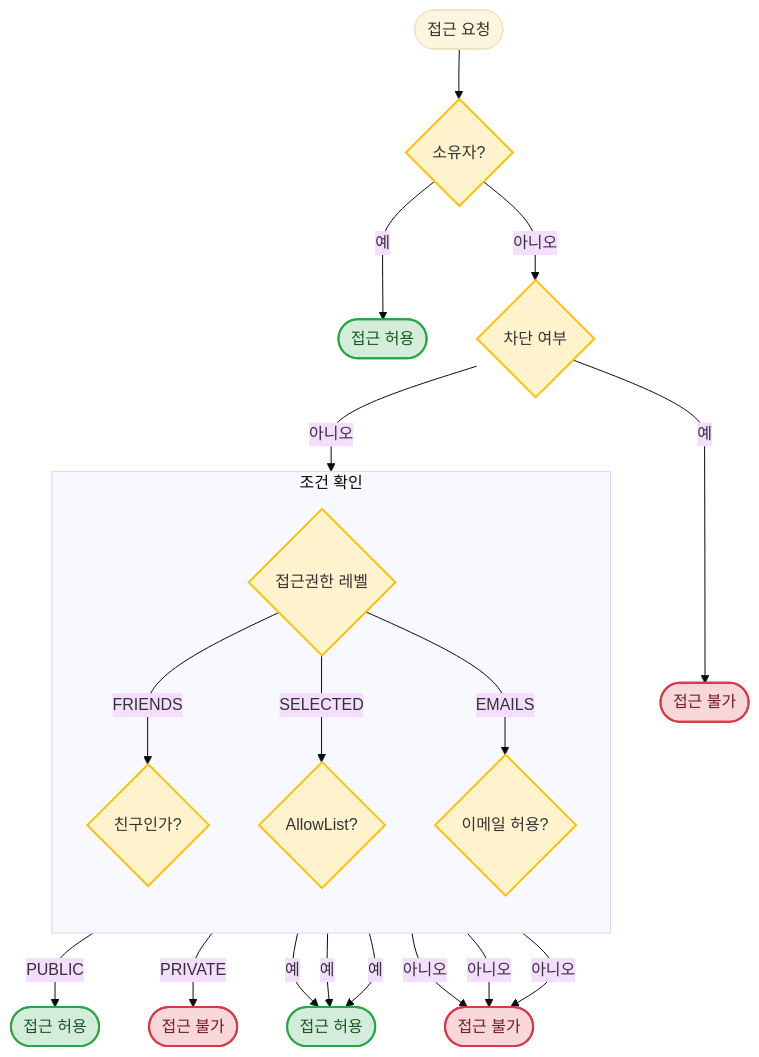
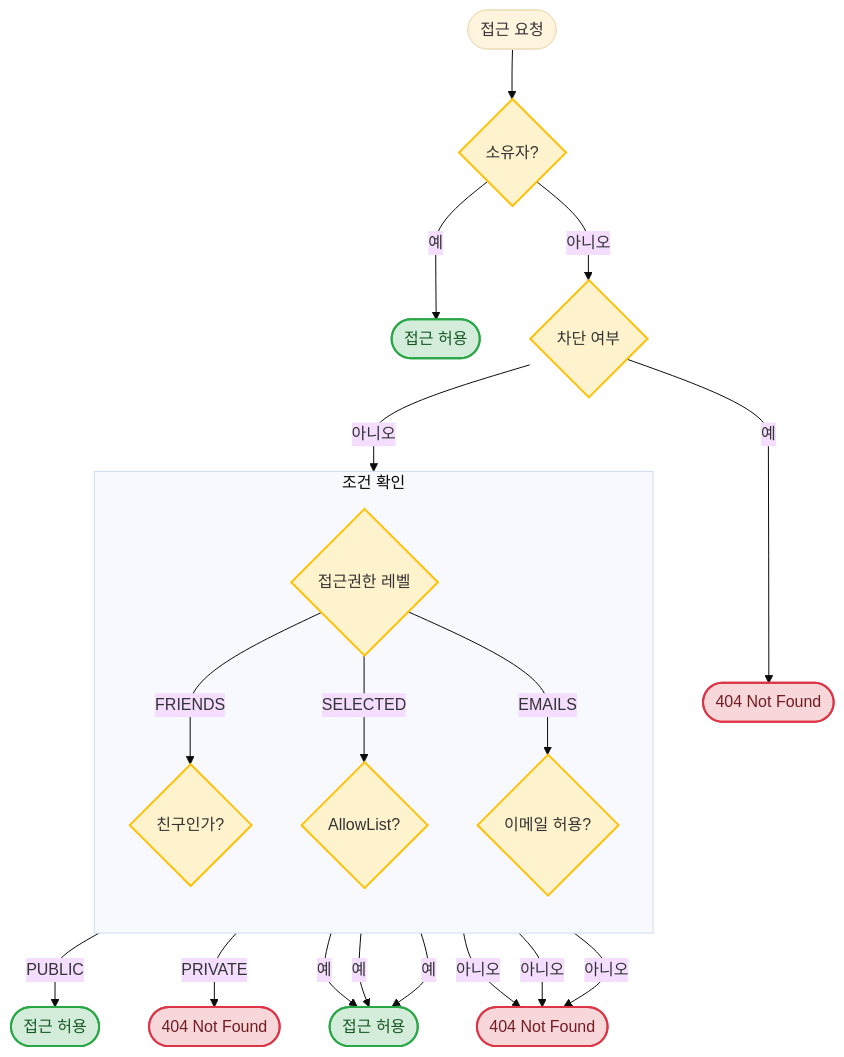
One commit to onprem-hipster-timer/backend changed the first of 2 diagrams in docs/guides/visibility.ko.md. Above: the diagram before and after it, drawn with Mermaid (base theme). The commit also changed other lines of this file and 7 other files, not shown here.

````diff
--- a/docs/guides/visibility.ko.md
+++ b/docs/guides/visibility.ko.md
@@ -79,26 +79,26 @@
 ```mermaid
 flowchart TD
     classDef allow fill:#d4edda,stroke:#28a745,stroke-width:2px,color:#155724;
     classDef deny fill:#f8d7da,stroke:#dc3545,stroke-width:2px,color:#721c24;
     classDef decision fill:#fff3cd,stroke:#ffc107,stroke-width:2px;
 
     Start([접근 요청]) --> Owner{소유자?}:::decision
     Owner -- 예 --> Allow1([접근 허용]):::allow
     Owner -- 아니오 --> Blocked{차단 여부}:::decision
-    Blocked -- 예 --> Deny1([접근 불가]):::deny
+    Blocked -- 예 --> Deny1([404 Not Found]):::deny
     Blocked -- 아니오 --> Level{접근권한 레벨}:::decision
 
     Level -->|PUBLIC| Allow2([접근 허용]):::allow
-    Level -->|PRIVATE| Deny2([접근 불가]):::deny
+    Level -->|PRIVATE| Deny2([404 Not Found]):::deny
 
     subgraph 상세조건 [조건 확인]
         direction TB
         Level -->|FRIENDS| F{친구인가?}:::decision
         Level -->|SELECTED| L{AllowList?}:::decision
         Level -->|EMAILS| E{이메일 허용?}:::decision
     end
 
     F & L & E -->|예| Allow3([접근 허용]):::allow
-    F & L & E -->|아니오| Deny3([접근 불가]):::deny
+    F & L & E -->|아니오| Deny3([404 Not Found]):::deny
     linkStyle default interpolate monotoneY
 ```
````
